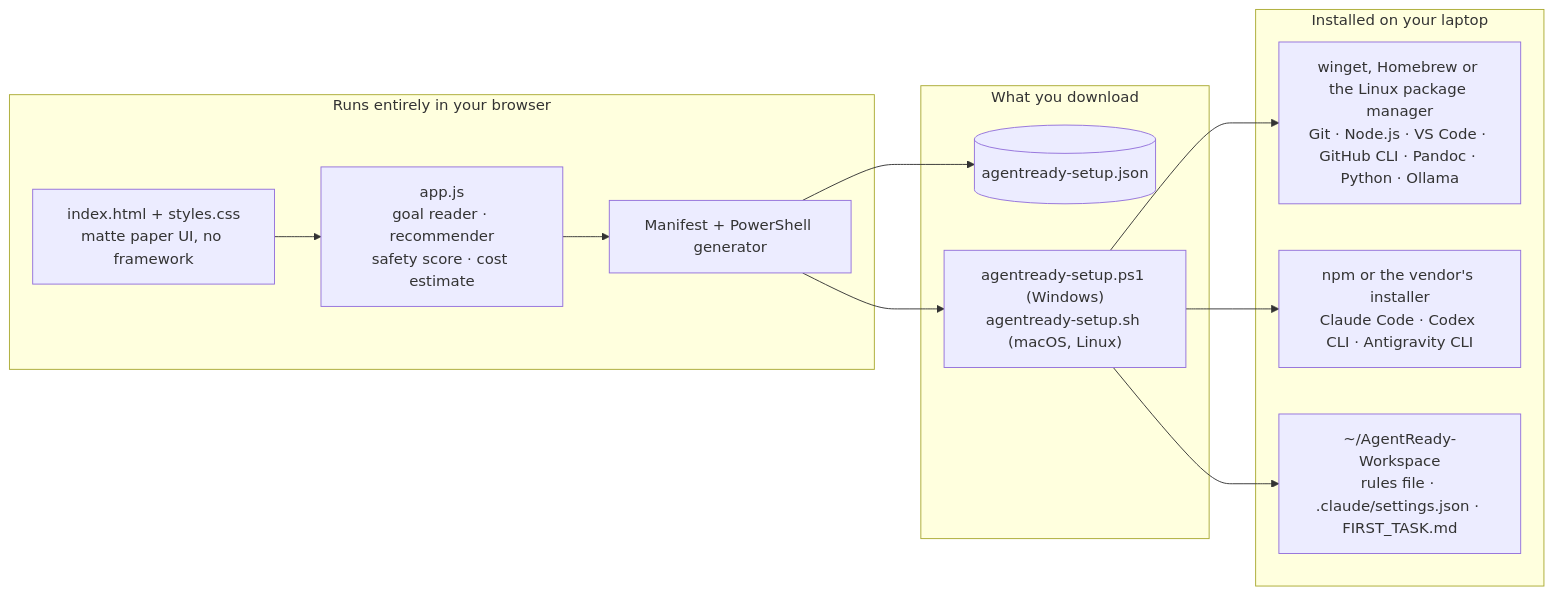
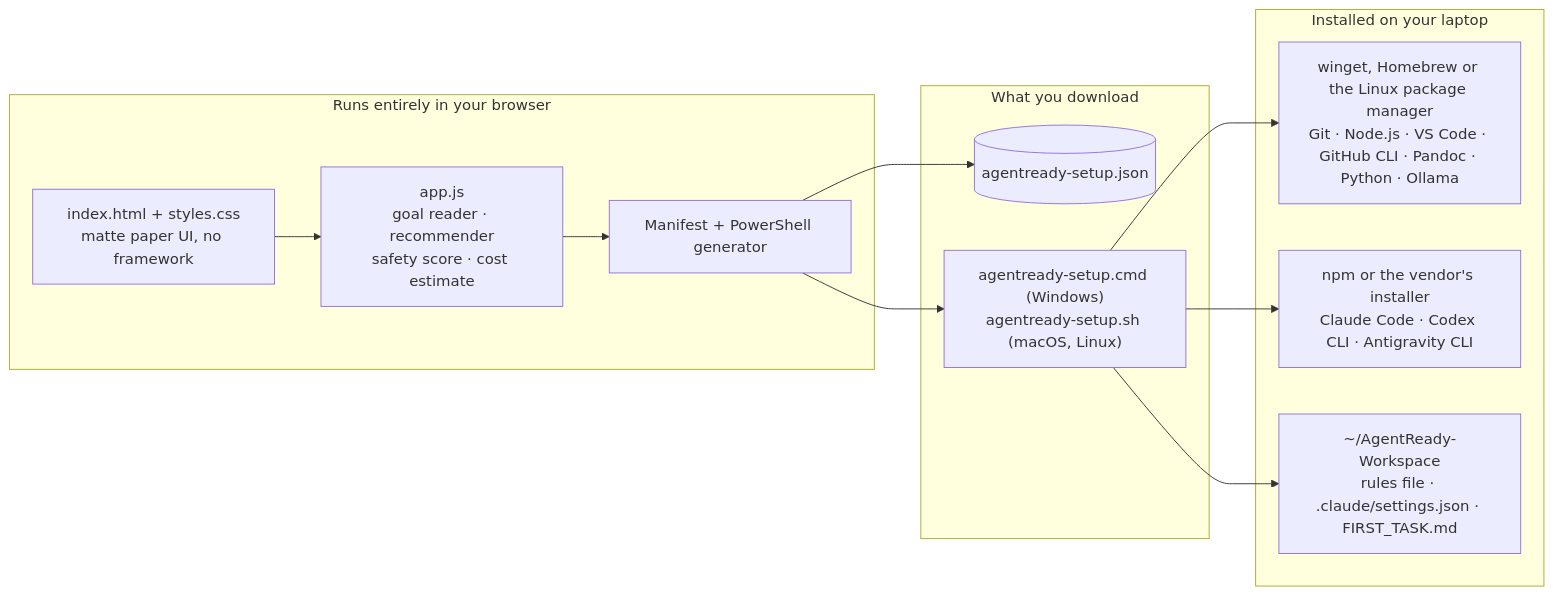
One commit to Arnav-dll/AgentReady changed the fourth of 5 diagrams in README.md. Above: the diagram before and after it, drawn with Mermaid. The commit also changed other lines of this file and 1 other file, not shown here.

First line of the commit message:
Ship the Windows installer as a double-clickable .cmd

````diff
--- a/README.md
+++ b/README.md
@@ -143,26 +143,26 @@
 ```mermaid
 flowchart LR
     subgraph Browser["Runs entirely in your browser"]
         UI["index.html + styles.css<br/>matte paper UI, no framework"]
         LOGIC["app.js<br/>goal reader · recommender<br/>safety score · cost estimate"]
         GEN["Manifest + PowerShell generator"]
         UI --> LOGIC --> GEN
     end
 
     subgraph Output["What you download"]
         JSON[("agentready-setup.json")]
-        PS1["agentready-setup.ps1 (Windows)<br/>agentready-setup.sh (macOS, Linux)"]
+        PS1["agentready-setup.cmd (Windows)<br/>agentready-setup.sh (macOS, Linux)"]
     end
 
     subgraph Laptop["Installed on your laptop"]
         WG["winget, Homebrew or the Linux package manager<br/>Git · Node.js · VS Code · GitHub CLI · Pandoc · Python · Ollama"]
         NPM["npm or the vendor's installer<br/>Claude Code · Codex CLI · Antigravity CLI"]
         WS["~/AgentReady-Workspace<br/>rules file · .claude/settings.json · FIRST_TASK.md"]
     end
 
     GEN --> JSON
     GEN --> PS1
     PS1 --> WG
     PS1 --> NPM
     PS1 --> WS
 ```
````
